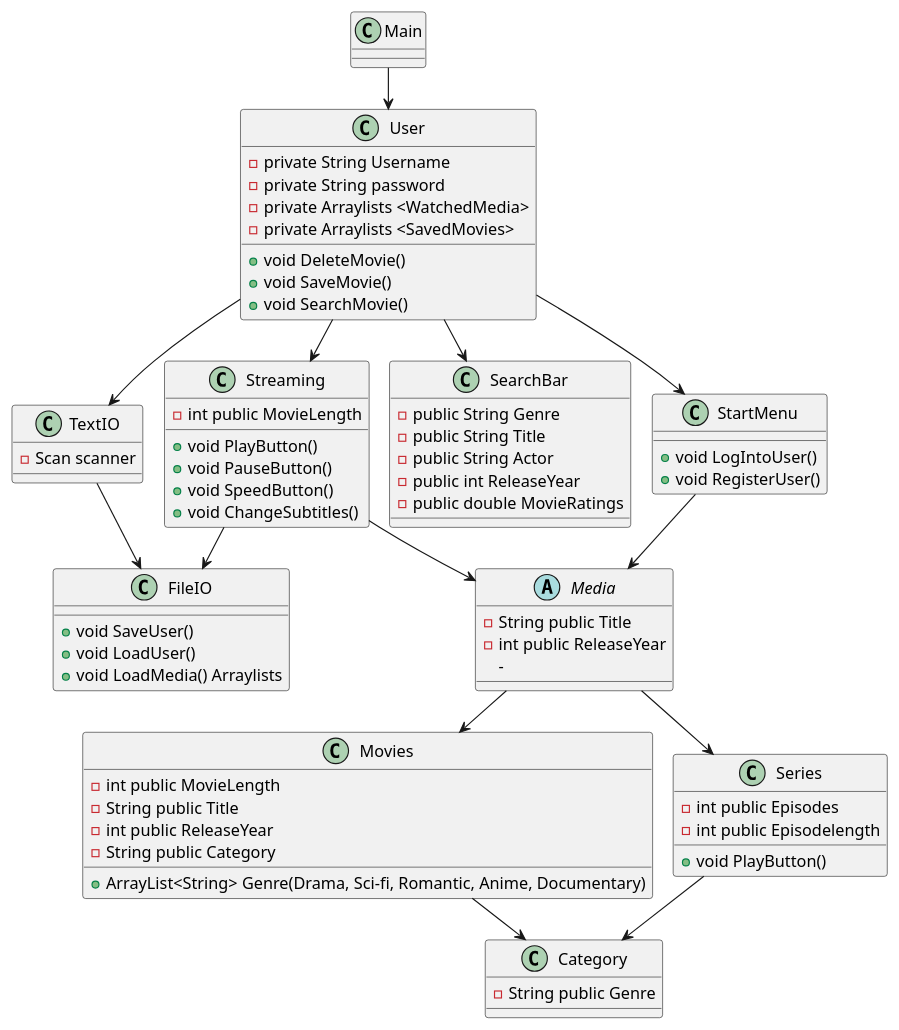
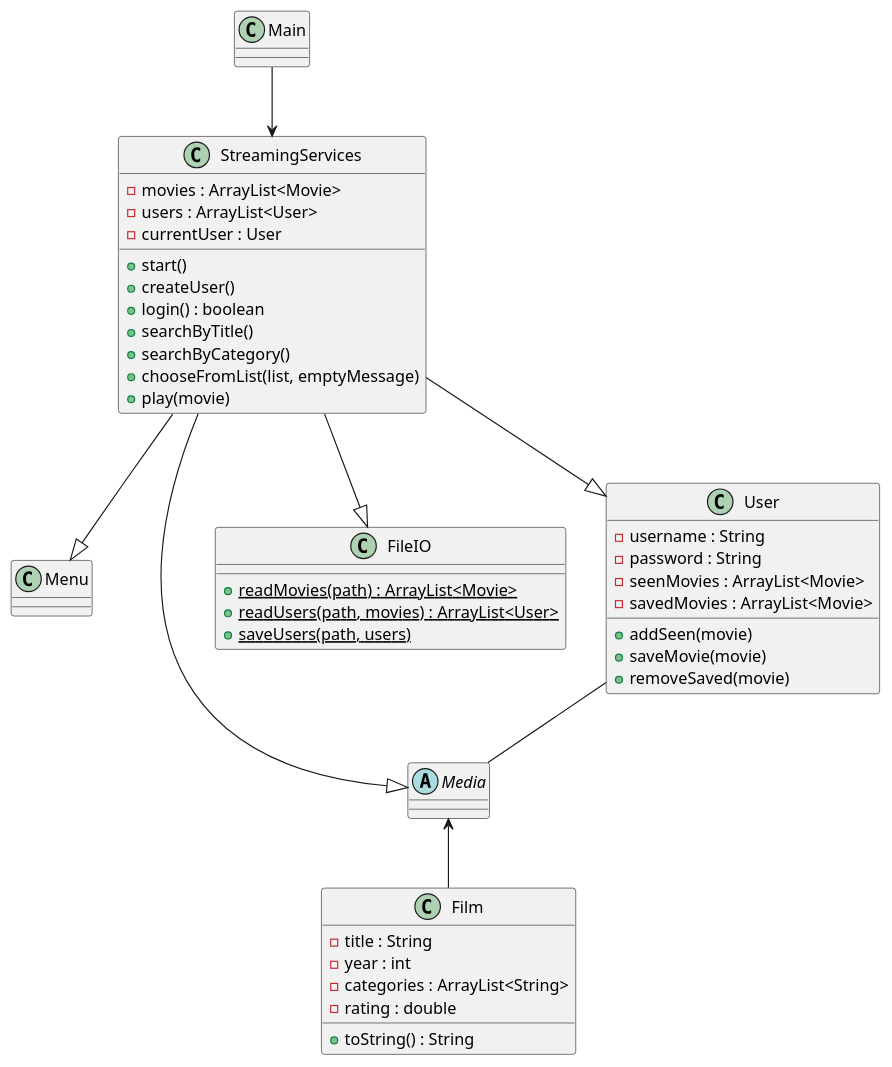
The diagram in src/Classdiagram.v0.puml (LauraRaun/Sp3Chill), drawn with PlantUML before and after one commit. The commit also changed 2 other files, not shown here.

Commit message:
domæne diagram og classe diagram

```diff
--- a/src/Classdiagram.v0.puml
+++ b/src/Classdiagram.v0.puml
@@ -1,95 +1,53 @@
 @startuml
 'https://plantuml.com/class-diagram
-!pragma layout smetana
 
-class Main{
+class Main
+Main-->StreamingServices
+class Menu
+class StreamingServices
+abstract class Media
+StreamingServices--|>Menu
+StreamingServices--|>FileIO
+class  FileIO
+StreamingServices--|>Media
+class User
+class Film
+StreamingServices--|>User
+Media<--Film
+User--Media
 
+class StreamingServices {
+-movies : ArrayList<Movie>
+  -users : ArrayList<User>
+  -currentUser : User
+  +start()
+  +createUser()
+  +login() : boolean
+  +searchByTitle()
+  +searchByCategory()
+  +chooseFromList(list, emptyMessage)
+  +play(movie)
+}
+class FileIO {
+  {static} +readMovies(path) : ArrayList<Movie>
+  {static} +readUsers(path, movies) : ArrayList<User>
+  {static} +saveUsers(path, users)
+}
+class Film {
+  -title : String
+  -year : int
+  -categories : ArrayList<String>
+  -rating : double
+  +toString() : String
+}
+class User {
+  -username : String
+  -password : String
+  -seenMovies : ArrayList<Movie>
+  -savedMovies : ArrayList<Movie>
+  +addSeen(movie)
+  +saveMovie(movie)
+  +removeSaved(movie)
 }
 
-class Movies {
-- int public MovieLength
-- String public Title
-- int public ReleaseYear
-- String public Category
-+ ArrayList<String> Genre(Drama, Sci-fi, Romantic, Anime, Documentary)
-
-}
-
-abstract class Media {
-- String public Title
-- int public ReleaseYear
--
-}
-
-class Streaming {
-- int public MovieLength
-+ void PlayButton()
-+ void PauseButton()
-+ void SpeedButton()
-+ void ChangeSubtitles()
-
-
-}
-
-class Category {
-- String public Genre
-}
-
-class FileIO {
-+ void SaveUser()
-+ void LoadUser()
-+ void LoadMedia() Arraylists
-
-}
-
-class TextIO {
-- Scan scanner
-}
-
-class Series {
-- int public Episodes
-- int public Episodelength
-+ void PlayButton()
-}
-
-class SearchBar{
-- public String Genre
-- public String Title
-- public String Actor
-- public int ReleaseYear
-- public double MovieRatings
-}
-
-
-class User {
-- private String Username
-- private String password
-- private Arraylists <WatchedMedia>
-- private Arraylists <SavedMovies>
-+void DeleteMovie()
-+void SaveMovie()
-+void SearchMovie()
-}
-
-
-class StartMenu {
-+void LogIntoUser()
-+void RegisterUser()
-}
-
-
-Media --> Movies
-Media --> Series
-User --> StartMenu
-StartMenu --> Media
-User --> SearchBar
-Movies --> Category
-Series --> Category
-Main --> User
-User --> Streaming
-Streaming --> Media
-Streaming --> FileIO
-User --> TextIO
-TextIO --> FileIO
-
 @enduml
```
